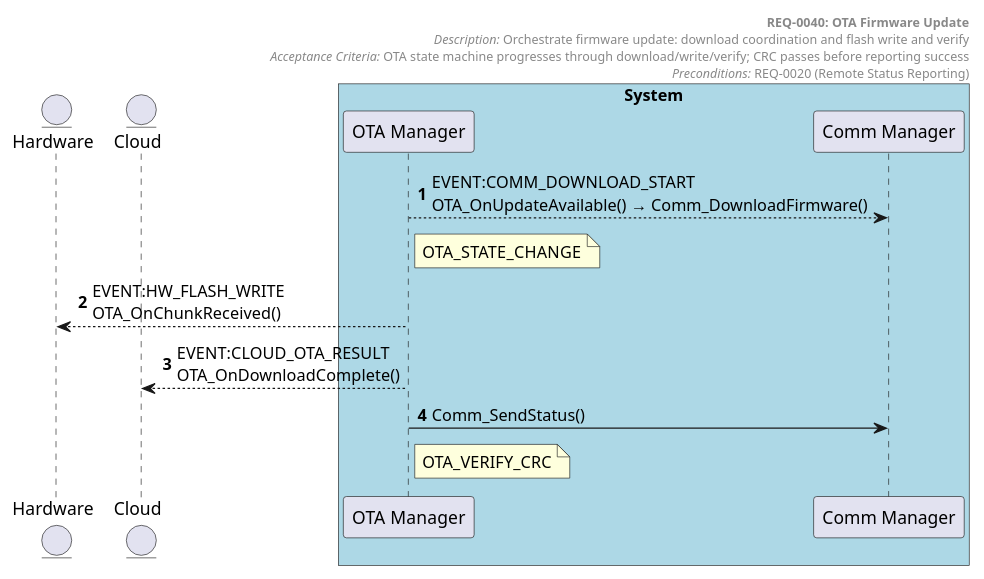
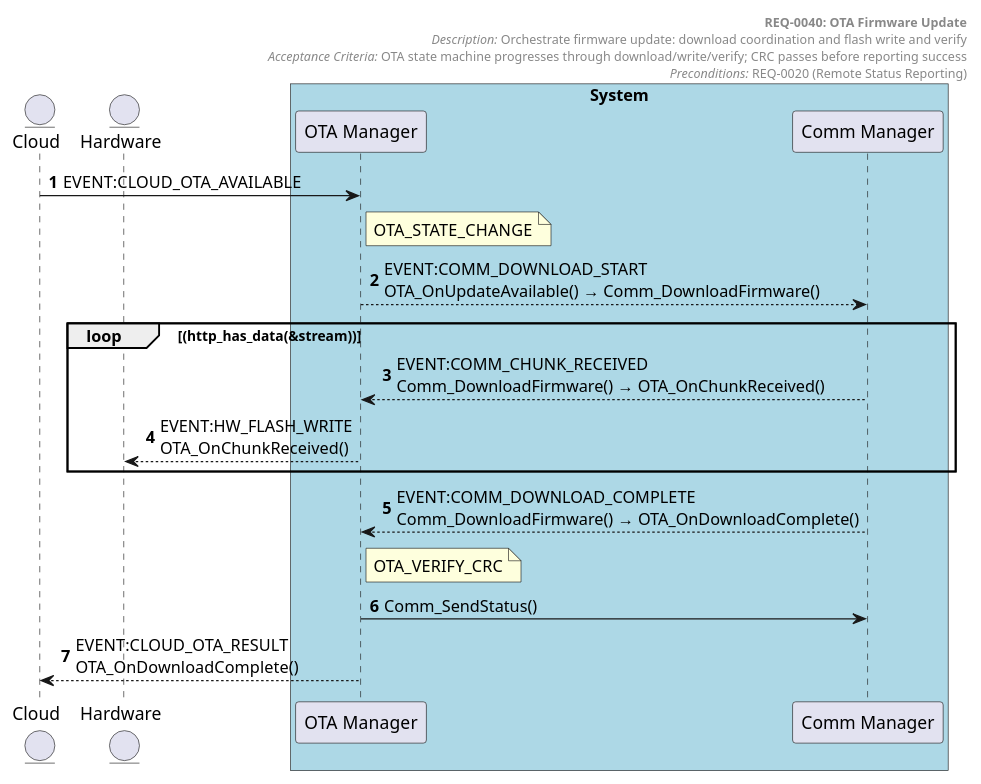
The diagram in docs/generated/sequences/REQ-0040.puml (tvanfossen/doxygen-guard-example), drawn with PlantUML before and after one commit. The commit also changed 18 other files, not shown here.

First line of the commit message:
Add provisioning example, regenerate all diagrams with AST pipeline

```diff
--- a/docs/generated/sequences/REQ-0040.puml
+++ b/docs/generated/sequences/REQ-0040.puml
@@ -1,27 +1,32 @@
 @startuml REQ-0040 OTA Firmware Update
 autonumber
 
+entity "Cloud" as Cloud
 entity "Hardware" as Hardware
-entity "Cloud" as Cloud
 
 box "System" #LightBlue
   participant "OTA Manager" as OTA_Manager
   participant "Comm Manager" as Comm_Manager
 end box
 
 header
   **REQ-0040: OTA Firmware Update**
   //Description:// Orchestrate firmware update: download coordination and flash write and verify
   //Acceptance Criteria:// OTA state machine progresses through download/write/verify; CRC passes before reporting success
   //Preconditions:// REQ-0020 (Remote Status Reporting)
 end header
 
 
+Cloud -> OTA_Manager: EVENT:CLOUD_OTA_AVAILABLE
+note right of OTA_Manager: OTA_STATE_CHANGE
 OTA_Manager --> Comm_Manager: EVENT:COMM_DOWNLOAD_START\nOTA_OnUpdateAvailable() → Comm_DownloadFirmware()
-note right of OTA_Manager: OTA_STATE_CHANGE
+loop (http_has_data(&stream))
+Comm_Manager --> OTA_Manager: EVENT:COMM_CHUNK_RECEIVED\nComm_DownloadFirmware() → OTA_OnChunkReceived()
 OTA_Manager --> Hardware: EVENT:HW_FLASH_WRITE\nOTA_OnChunkReceived()
+end loop
+Comm_Manager --> OTA_Manager: EVENT:COMM_DOWNLOAD_COMPLETE\nComm_DownloadFirmware() → OTA_OnDownloadComplete()
+note right of OTA_Manager: OTA_VERIFY_CRC
+OTA_Manager -> Comm_Manager: Comm_SendStatus()
 OTA_Manager --> Cloud: EVENT:CLOUD_OTA_RESULT\nOTA_OnDownloadComplete()
-OTA_Manager -> Comm_Manager: Comm_SendStatus()
-note right of OTA_Manager: OTA_VERIFY_CRC
 
 @enduml
```
